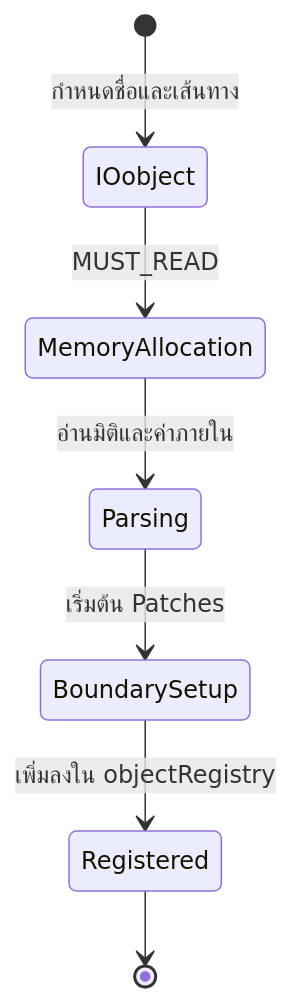
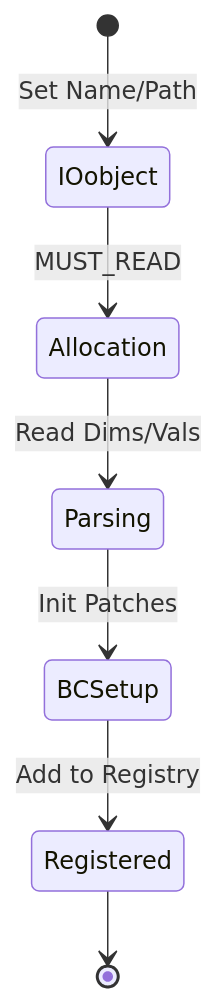
One commit to wramet/build-my-cfd changed the first of 2 diagrams in MODULE_05_OPENFOAM_PROGRAMMING/CONTENT/05_FIELDS_GEOMETRICFIELDS/04_Field_Lifecycle.md. Above: the diagram before and after it, drawn with Mermaid. The commit also changed other lines of this file and 313 other files, not shown here.

Commit message:
Revise all diagram

````diff
--- a/MODULE_05_OPENFOAM_PROGRAMMING/CONTENT/05_FIELDS_GEOMETRICFIELDS/04_Field_Lifecycle.md
+++ b/MODULE_05_OPENFOAM_PROGRAMMING/CONTENT/05_FIELDS_GEOMETRICFIELDS/04_Field_Lifecycle.md
@@ -16,9 +16,9 @@
 ```mermaid
 stateDiagram-v2
-    [*] --> IOobject: กำหนดชื่อและเส้นทาง
-    IOobject --> MemoryAllocation: MUST_READ
-    MemoryAllocation --> Parsing: อ่านมิติและค่าภายใน
-    Parsing --> BoundarySetup: เริ่มต้น Patches
-    BoundarySetup --> Registered: เพิ่มลงใน objectRegistry
-    Registered --> [*]
+[*] --> IOobject: Set Name/Path
+IOobject --> Allocation: MUST_READ
+Allocation --> Parsing: Read Dims/Vals
+Parsing --> BCSetup: Init Patches
+BCSetup --> Registered: Add to Registry
+Registered --> [*]
 ```
````
